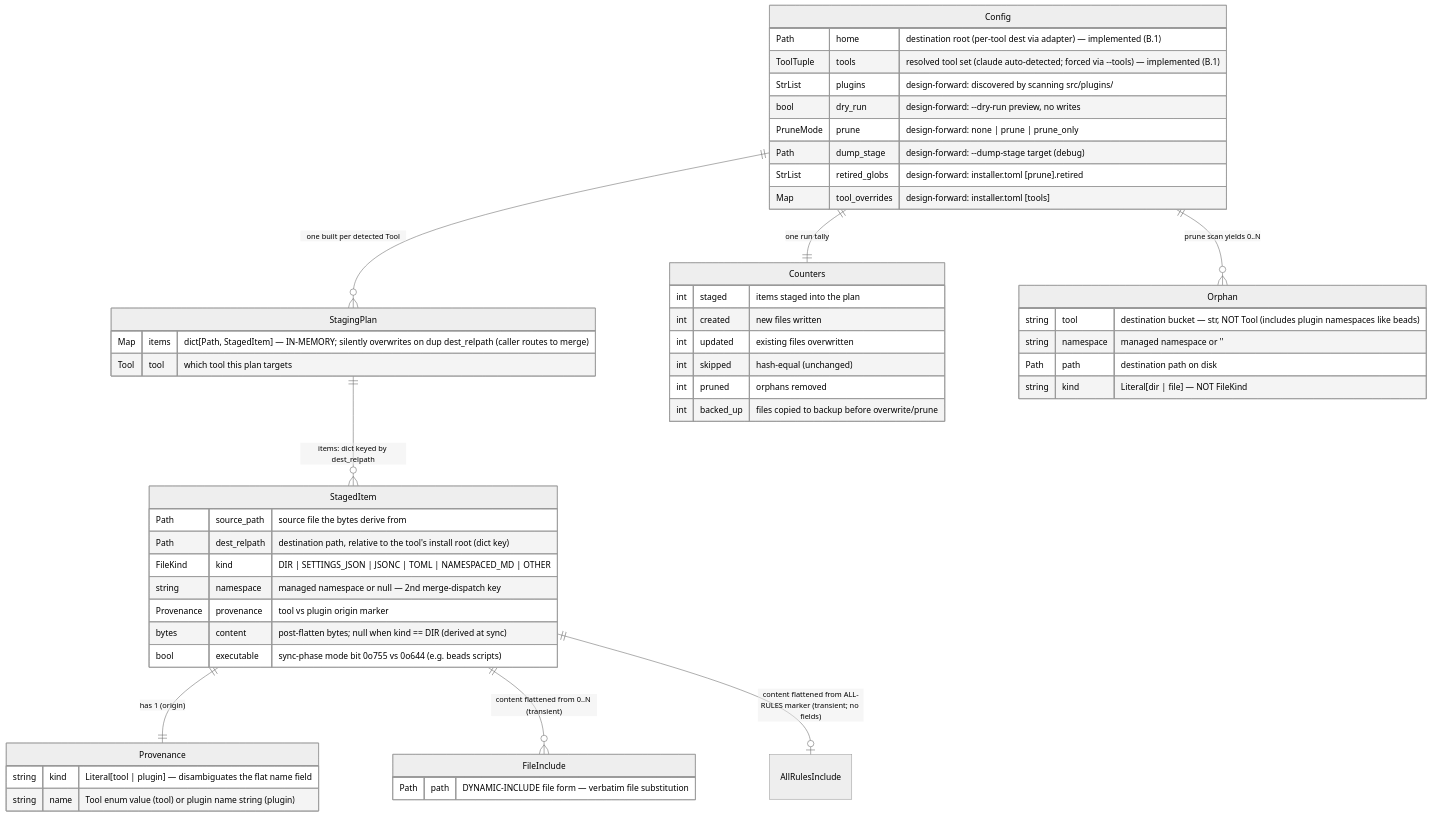
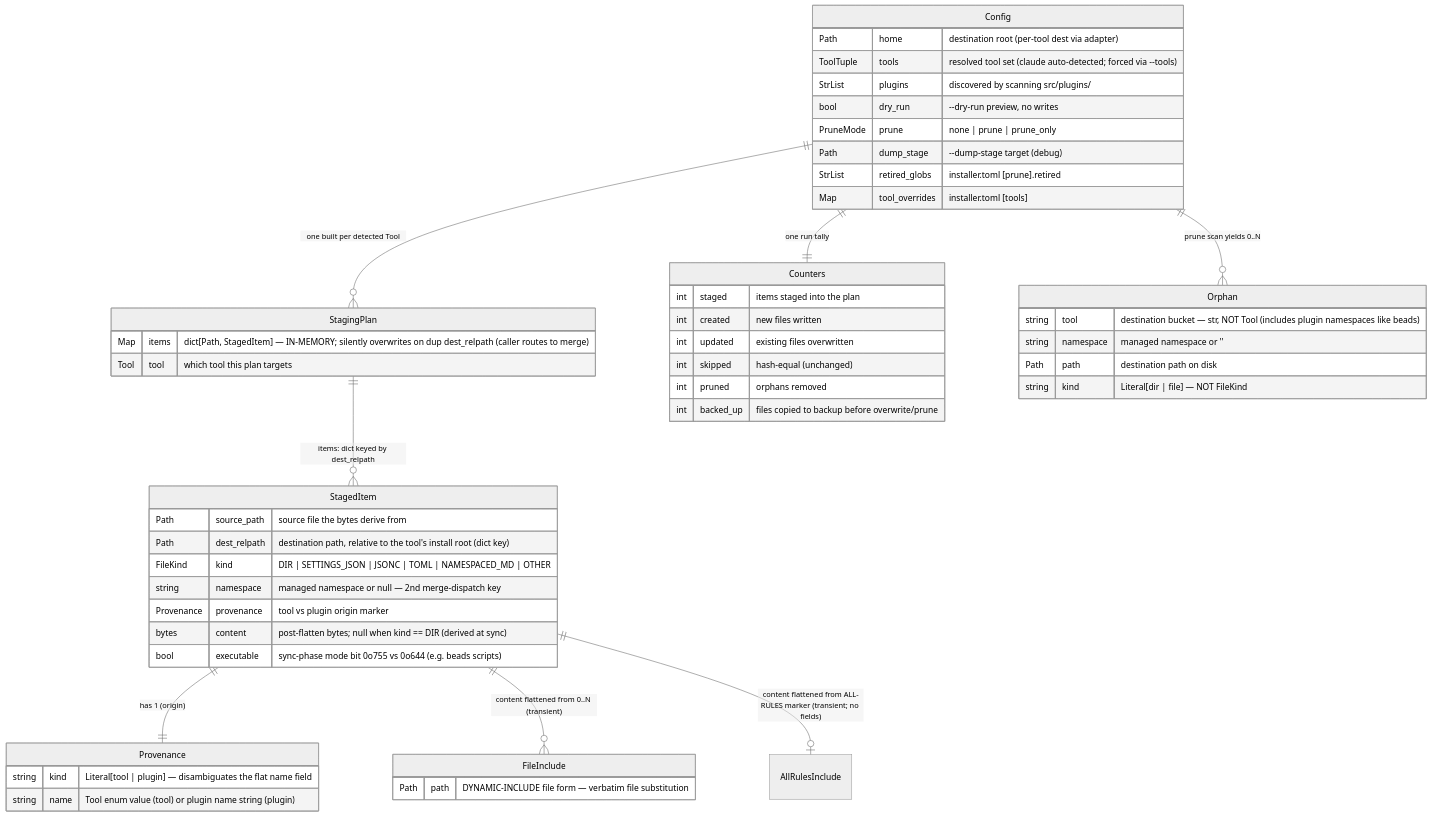
One commit to scotthamilton77/agents-config changed the first of 2 diagrams in docs/architecture/installer/data-view.md. Above: the diagram before and after it, drawn with Mermaid (neutral theme). The commit also changed other lines of this file and 4 other files, not shown here.

````diff
--- a/docs/architecture/installer/data-view.md
+++ b/docs/architecture/installer/data-view.md
@@ -36,61 +36,61 @@
 ```mermaid
 erDiagram
     Config      ||--o{ StagingPlan      : "one built per detected Tool"
     StagingPlan ||--o{ StagedItem       : "items: dict keyed by dest_relpath"
     StagedItem  ||--|| Provenance        : "has 1 (origin)"
     StagedItem  ||--o{ FileInclude       : "content flattened from 0..N (transient)"
     StagedItem  ||--o| AllRulesInclude   : "content flattened from ALL-RULES marker (transient; no fields)"
     Config      ||--|| Counters          : "one run tally"
     Config      ||--o{ Orphan            : "prune scan yields 0..N"
 
     Config {
-        Path      home           "destination root (per-tool dest via adapter) — implemented (B.1)"
-        ToolTuple tools          "resolved tool set (claude auto-detected; forced via --tools) — implemented (B.1)"
-        StrList   plugins        "design-forward: discovered by scanning src/plugins/"
-        bool      dry_run        "design-forward: --dry-run preview, no writes"
-        PruneMode prune          "design-forward: none | prune | prune_only"
-        Path      dump_stage     "design-forward: --dump-stage target (debug)"
-        StrList   retired_globs  "design-forward: installer.toml [prune].retired"
-        Map       tool_overrides "design-forward: installer.toml [tools]"
+        Path      home           "destination root (per-tool dest via adapter)"
+        ToolTuple tools          "resolved tool set (claude auto-detected; forced via --tools)"
+        StrList   plugins        "discovered by scanning src/plugins/"
+        bool      dry_run        "--dry-run preview, no writes"
+        PruneMode prune          "none | prune | prune_only"
+        Path      dump_stage     "--dump-stage target (debug)"
+        StrList   retired_globs  "installer.toml [prune].retired"
+        Map       tool_overrides "installer.toml [tools]"
     }
 
     StagingPlan {
         Map  items  "dict[Path, StagedItem] — IN-MEMORY; silently overwrites on dup dest_relpath (caller routes to merge)"
         Tool tool   "which tool this plan targets"
     }
 
     StagedItem {
         Path     source_path   "source file the bytes derive from"
         Path     dest_relpath  "destination path, relative to the tool's install root (dict key)"
         FileKind kind          "DIR | SETTINGS_JSON | JSONC | TOML | NAMESPACED_MD | OTHER"
         string   namespace     "managed namespace or null — 2nd merge-dispatch key"
         Provenance provenance  "tool vs plugin origin marker"
         bytes    content       "post-flatten bytes; null when kind == DIR (derived at sync)"
         bool     executable    "sync-phase mode bit 0o755 vs 0o644 (e.g. beads scripts)"
     }
 
     Provenance {
         string kind  "Literal[tool | plugin] — disambiguates the flat name field"
         string name  "Tool enum value (tool) or plugin name string (plugin)"
     }
 
     FileInclude {
         Path path  "DYNAMIC-INCLUDE file form — verbatim file substitution"
     }
 
     Orphan {
         string tool       "destination bucket — str, NOT Tool (includes plugin namespaces like beads)"
         string namespace  "managed namespace or ''"
         Path   path       "destination path on disk"
         string kind       "Literal[dir | file] — NOT FileKind"
     }
 
     Counters {
         int staged     "items staged into the plan"
         int created    "new files written"
         int updated    "existing files overwritten"
         int skipped    "hash-equal (unchanged)"
         int pruned     "orphans removed"
         int backed_up  "files copied to backup before overwrite/prune"
     }
 ```
````
